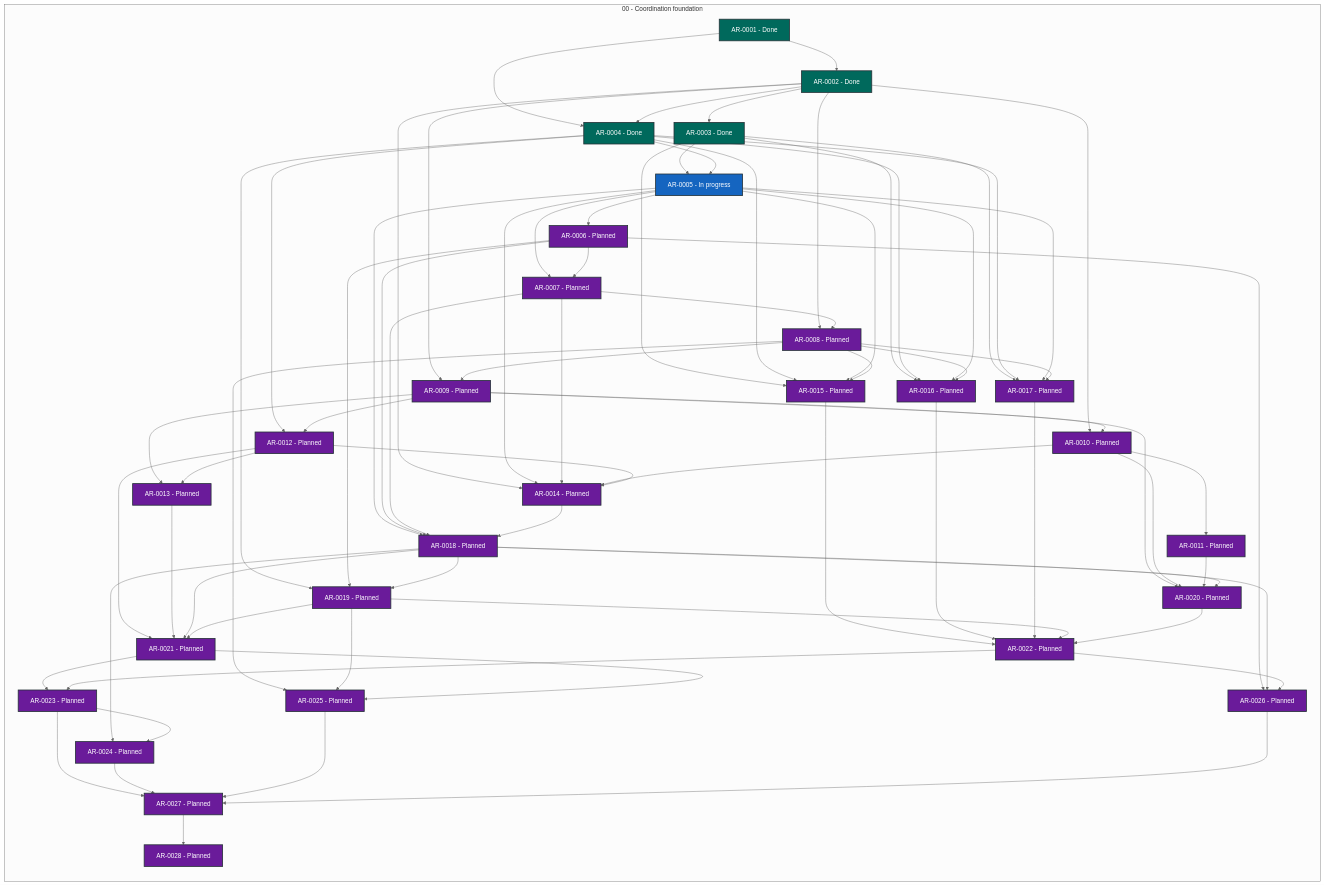
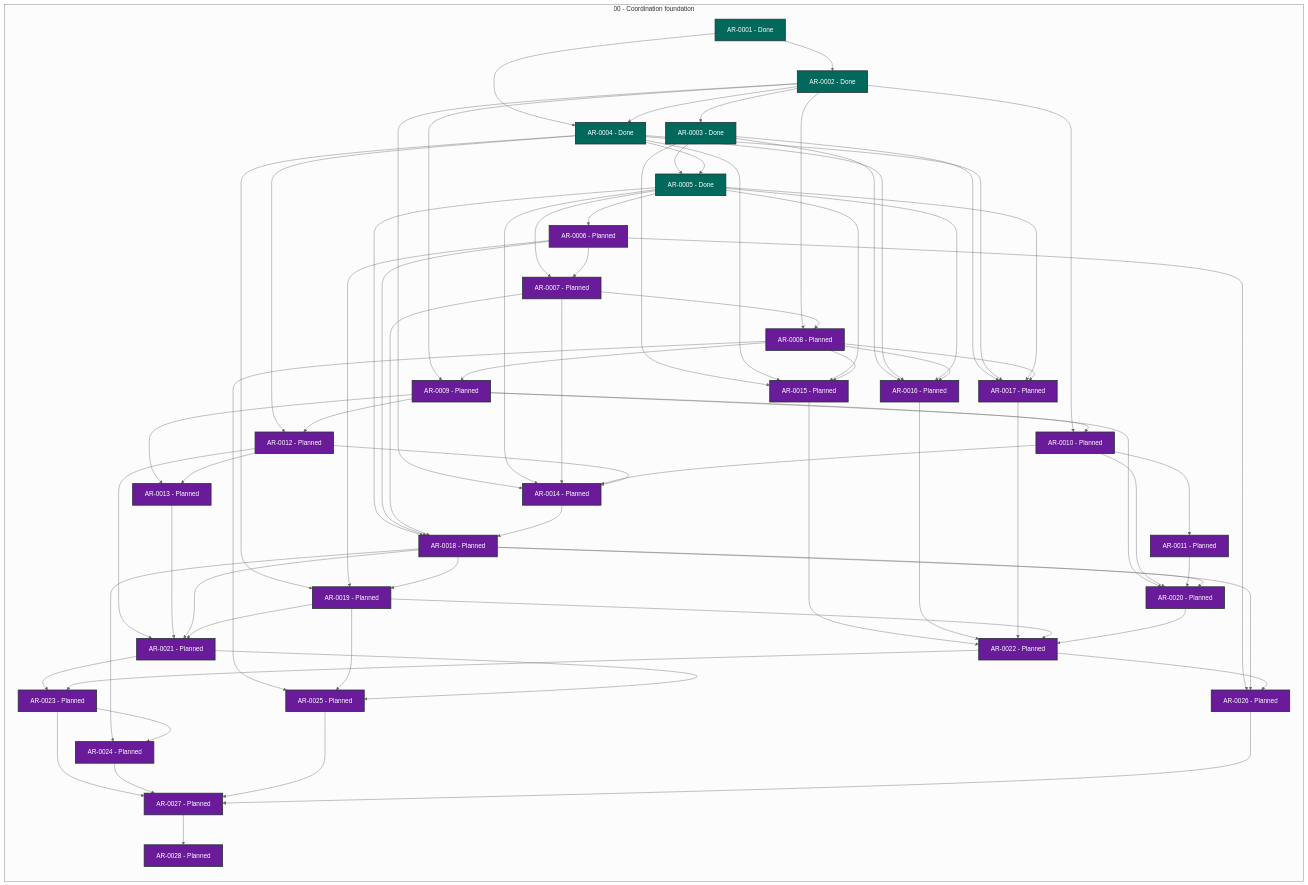
One commit to martin-beck/agent-workflow-runtime-state changed the diagram in STATUS.md. Above: the diagram before and after it, drawn with Mermaid (neutral theme). The commit also changed other lines of this file and 2 other files, not shown here.

```diff
--- a/STATUS.md
+++ b/STATUS.md
@@ -32,7 +32,7 @@
         AR_0002["AR-0002 - Done"]:::status_done
         AR_0003["AR-0003 - Done"]:::status_done
         AR_0004["AR-0004 - Done"]:::status_done
-        AR_0005["AR-0005 - In progress"]:::status_in_progress
+        AR_0005["AR-0005 - Done"]:::status_done
         AR_0006["AR-0006 - Planned"]:::status_planned
         AR_0007["AR-0007 - Planned"]:::status_planned
         AR_0008["AR-0008 - Planned"]:::status_planned
```
